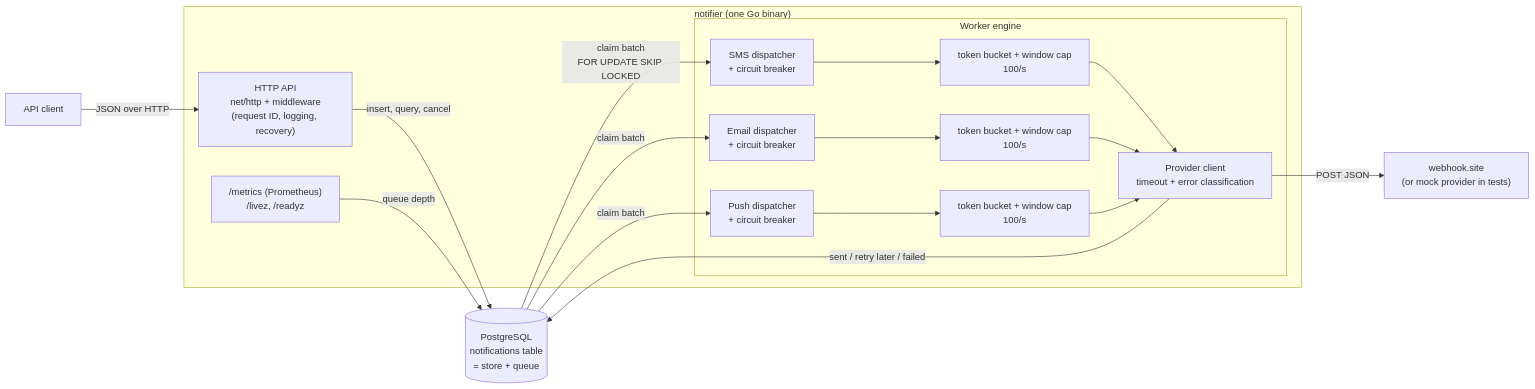
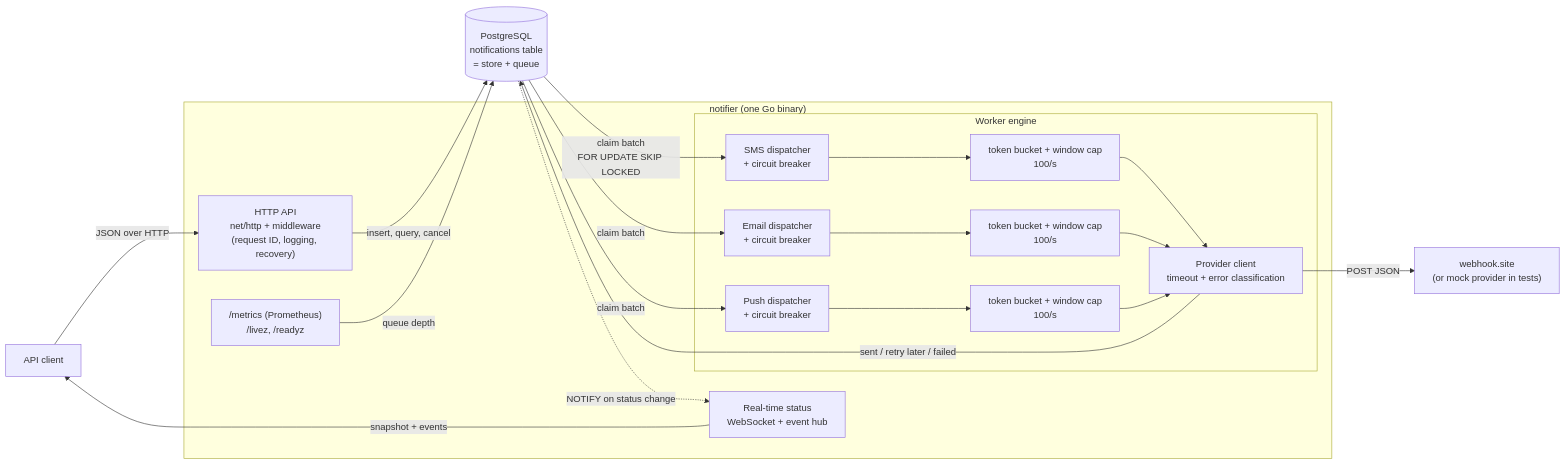
The first of 2 diagrams in docs/architecture.md (kaanismen/event-driven-notification-system), drawn with Mermaid before and after one commit. The commit also changed other lines of this file and 6 other files, not shown here.

First line of the commit message:
docs: record the real-time status design in ADR-0020 and the README

````diff
--- a/docs/architecture.md
+++ b/docs/architecture.md
@@ -12,26 +12,29 @@
 ```mermaid
 flowchart LR
     Client[API client] -->|JSON over HTTP| API
 
     subgraph App["notifier (one Go binary)"]
         API["HTTP API<br/>net/http + middleware<br/>(request ID, logging, recovery)"]
         Obs["/metrics (Prometheus)<br/>/livez, /readyz"]
+        RT["Real-time status<br/>WebSocket + event hub"]
         subgraph Engine["Worker engine"]
             DS["SMS dispatcher<br/>+ circuit breaker"] --> LS["token bucket + window cap<br/>100/s"]
             DE["Email dispatcher<br/>+ circuit breaker"] --> LE["token bucket + window cap<br/>100/s"]
             DP["Push dispatcher<br/>+ circuit breaker"] --> LP["token bucket + window cap<br/>100/s"]
             LS --> PC
             LE --> PC
             LP --> PC
             PC["Provider client<br/>timeout + error classification"]
         end
     end
 
     API -->|insert, query, cancel| DB[("PostgreSQL<br/>notifications table<br/>= store + queue")]
     DB -->|claim batch<br/>FOR UPDATE SKIP LOCKED| DS
     DB -->|claim batch| DE
     DB -->|claim batch| DP
     PC -->|POST JSON| Prov["webhook.site<br/>(or mock provider in tests)"]
     PC -->|sent / retry later / failed| DB
     Obs -->|queue depth| DB
+    DB -.->|NOTIFY on status change| RT
+    RT -->|snapshot + events| Client
 ```
````
